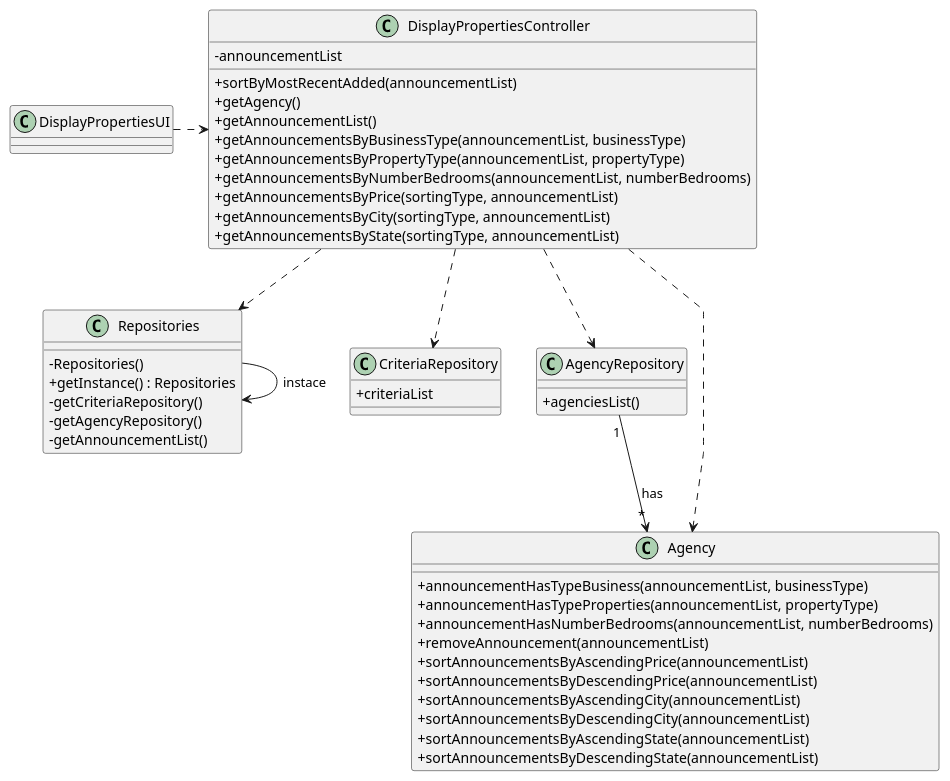
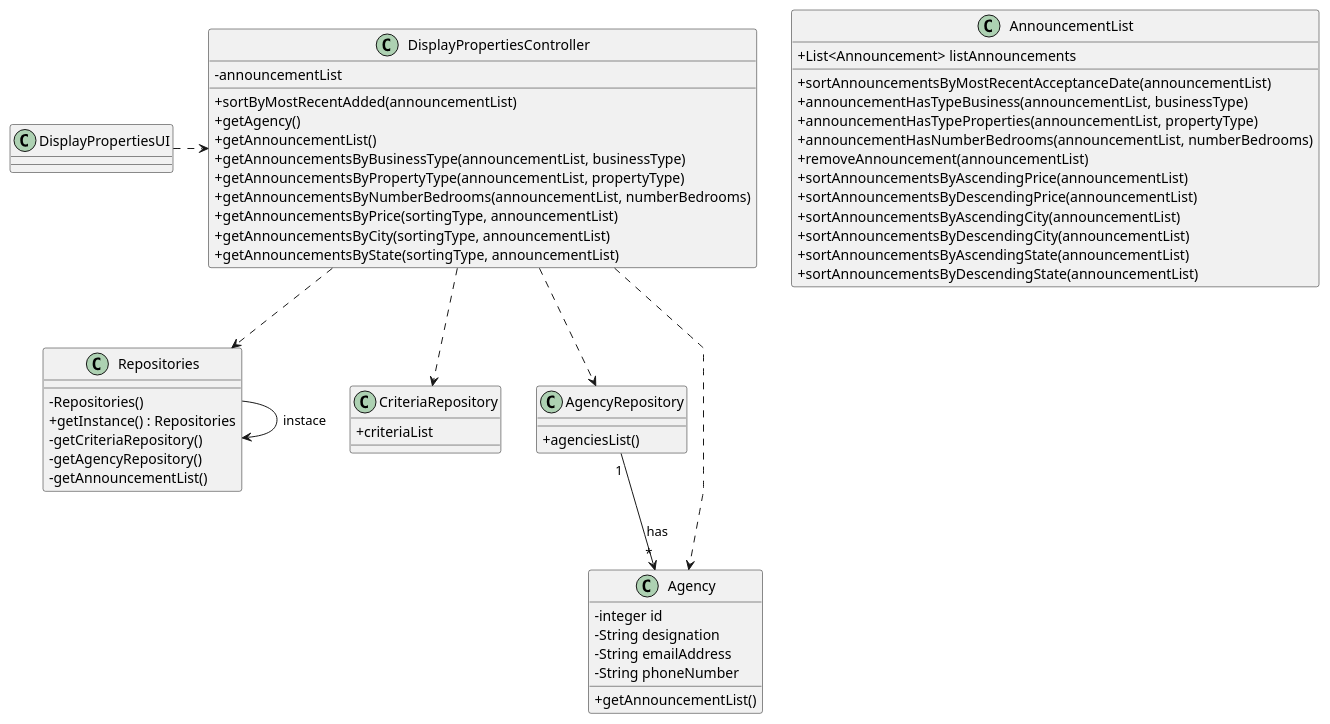
Before and after one commit to rita-barbosa/LAPR2-2223: the diagram in docs/sprintD/us001/03.design/puml/us001-class-diagram.puml, drawn with PlantUML. The commit also changed 3 other files, not shown here.

Commit message:
Update Sequence Diagram & Class Diagram + SVG's [US001][Design]

```diff
--- a/docs/sprintD/us001/03.design/puml/us001-class-diagram.puml
+++ b/docs/sprintD/us001/03.design/puml/us001-class-diagram.puml
@@ -1,73 +1,85 @@
 @startuml
 'skinparam monochrome true
 skinparam packageStyle rectangle
 skinparam shadowing false
 skinparam linetype polyline
 'skinparam linetype orto
 
 skinparam classAttributeIconSize 0
 
 class DisplayPropertiesUI {
 }
 
 class DisplayPropertiesController {
 -announcementList
 
 +sortByMostRecentAdded(announcementList)
 +getAgency()
 +getAnnouncementList()
 +getAnnouncementsByBusinessType(announcementList, businessType)
 +getAnnouncementsByPropertyType(announcementList, propertyType)
 +getAnnouncementsByNumberBedrooms(announcementList, numberBedrooms)
 +getAnnouncementsByPrice(sortingType, announcementList)
 +getAnnouncementsByCity(sortingType, announcementList)
 +getAnnouncementsByState(sortingType, announcementList)
 }
 
 class Repositories {
     - Repositories()
     + getInstance() : Repositories
     - getCriteriaRepository()
     - getAgencyRepository()
     - getAnnouncementList()
 
 }
 
 class CriteriaRepository {
 +criteriaList
 }
 
 class AgencyRepository{
 +agenciesList()
 
 }
 
 class Agency{
+    - integer id
+    - String designation
+    - String emailAddress
+    - String phoneNumber
+
+    +getAnnouncementList()
+
+}
+
+class AnnouncementList{
++List<Announcement> listAnnouncements
++sortAnnouncementsByMostRecentAcceptanceDate(announcementList)
 +announcementHasTypeBusiness(announcementList, businessType)
 +announcementHasTypeProperties(announcementList, propertyType)
 +announcementHasNumberBedrooms(announcementList, numberBedrooms)
 +removeAnnouncement(announcementList)
 +sortAnnouncementsByAscendingPrice(announcementList)
 +sortAnnouncementsByDescendingPrice(announcementList)
 +sortAnnouncementsByAscendingCity(announcementList)
 +sortAnnouncementsByDescendingCity(announcementList)
 +sortAnnouncementsByAscendingState(announcementList)
 +sortAnnouncementsByDescendingState(announcementList)
 }
 
 
 DisplayPropertiesUI .> DisplayPropertiesController
 DisplayPropertiesController ..> Repositories
 DisplayPropertiesController ..> CriteriaRepository
 DisplayPropertiesController ..> AgencyRepository
 DisplayPropertiesController ..> Agency
 
 Repositories -> Repositories : instace
 AgencyRepository "1" --> "*" Agency : has
 
 
 
 
 
 
 @enduml
```
